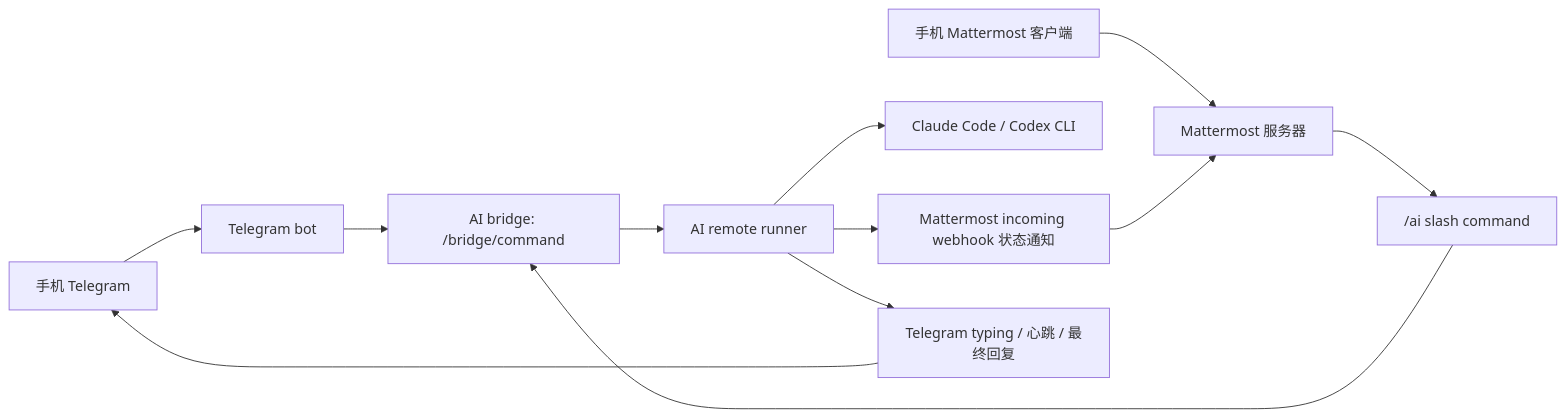
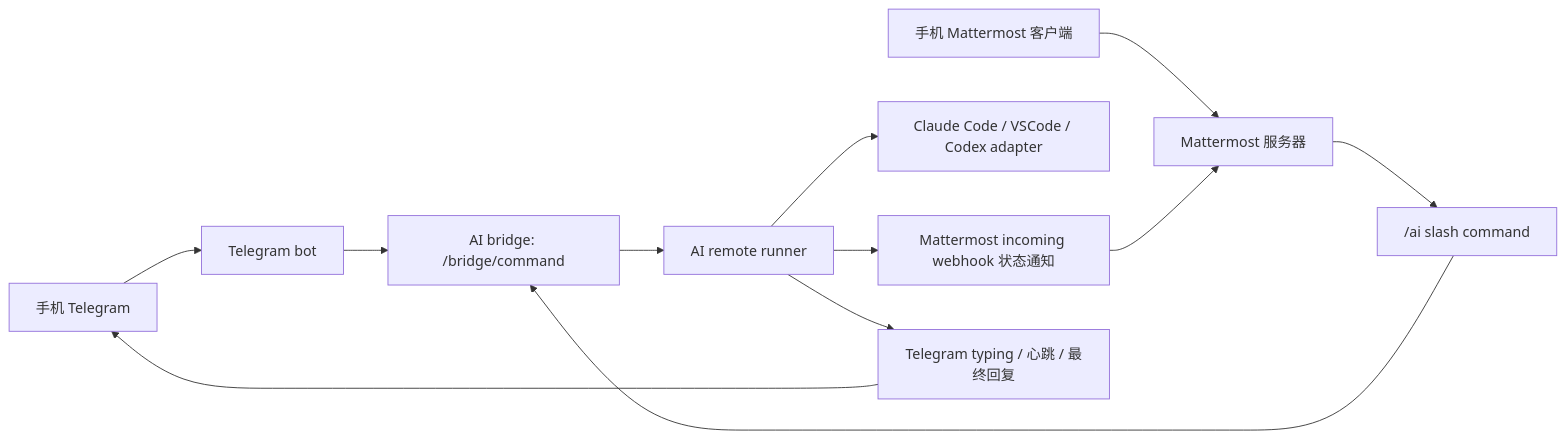
One commit to vpn3288/FFC-AI changed the diagram in README.md. Above: the diagram before and after it, drawn with Mermaid. The commit also changed other lines of this file and 18 other files, not shown here.

````diff
--- a/README.md
+++ b/README.md
@@ -9,14 +9,14 @@
 ```mermaid
 flowchart LR
   phone_tg["手机 Telegram"] --> tg["Telegram bot"]
   phone_mm["手机 Mattermost 客户端"] --> mm["Mattermost 服务器"]
   tg --> bridge["AI bridge: /bridge/command"]
   mm --> slash["/ai slash command"]
   slash --> bridge
   bridge --> runner["AI remote runner"]
-  runner --> provider["Claude Code / Codex CLI"]
+  runner --> provider["Claude Code / VSCode / Codex adapter"]
   runner --> status["Mattermost incoming webhook 状态通知"]
   runner --> tg_status["Telegram typing / 心跳 / 最终回复"]
   status --> mm
   tg_status --> phone_tg
 ```
````
